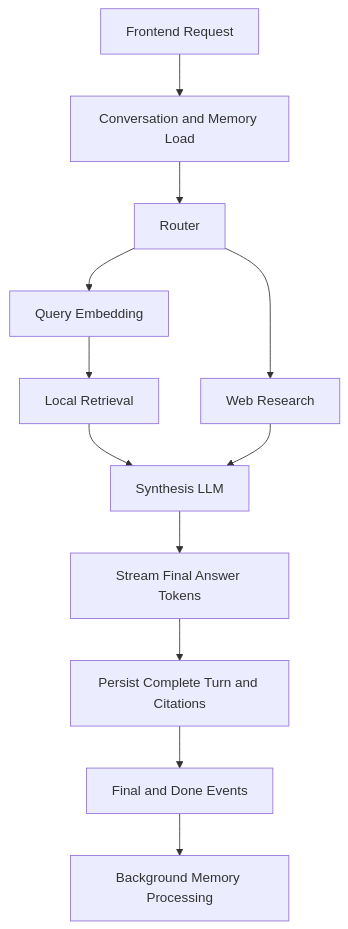
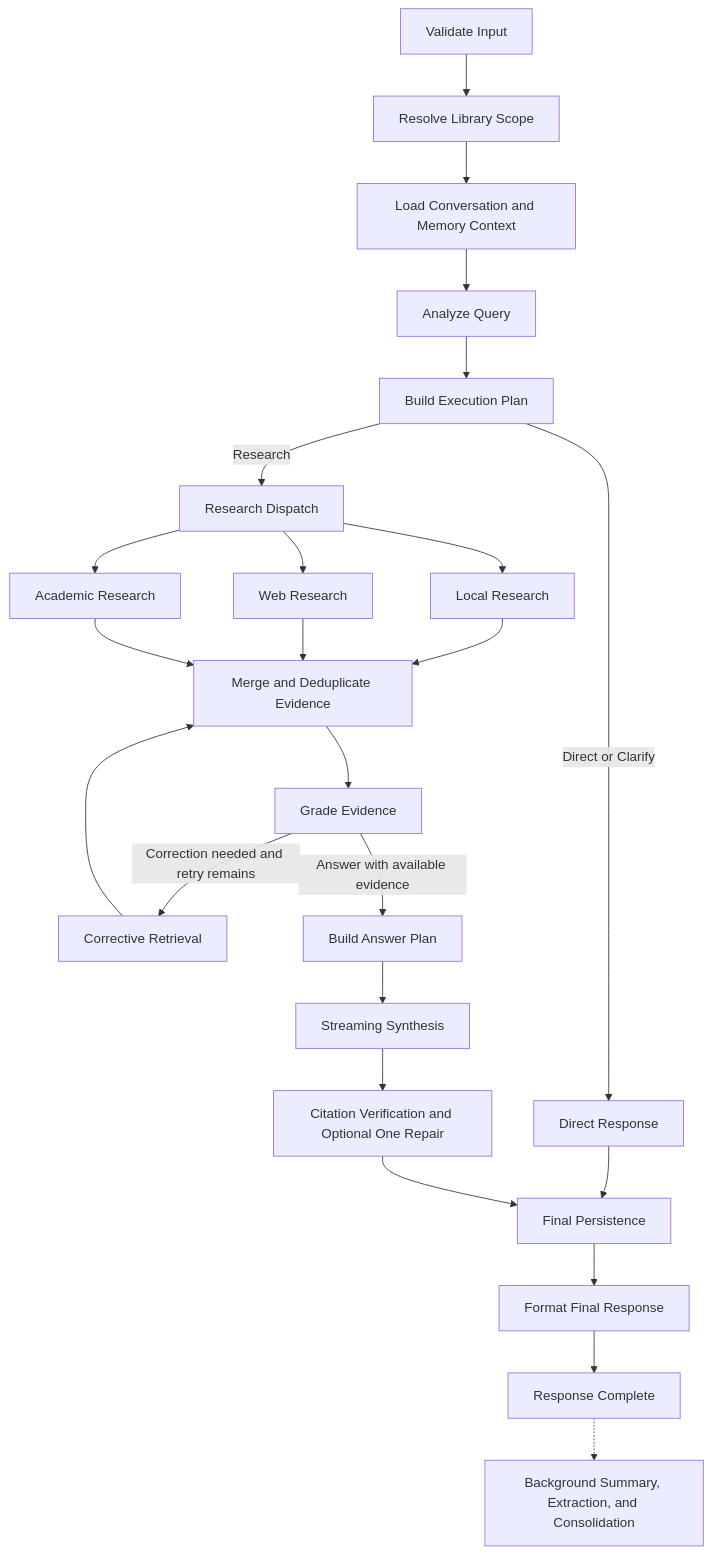
The second of 4 diagrams in README.md (VanGogh-7/Personal_Learning_Agent), drawn with Mermaid before and after one commit. The commit also changed other lines of this file and 1 other file, not shown here.

````diff
--- a/README.md
+++ b/README.md
@@ -88,14 +129,31 @@
 ```mermaid
 flowchart TD
-    A[Frontend Request] --> B[Conversation and Memory Load]
-    B --> C[Router]
-    C --> D[Query Embedding]
-    D --> E[Local Retrieval]
-    C --> F[Web Research]
-    E --> G[Synthesis LLM]
-    F --> G
-    G --> H[Stream Final Answer Tokens]
-    H --> I[Persist Complete Turn and Citations]
-    I --> J[Final and Done Events]
-    J --> K[Background Memory Processing]
+    AG_START[Validate Input] --> AG_SCOPE[Resolve Library Scope]
+    AG_SCOPE --> AG_CONTEXT[Load Conversation and Memory Context]
+    AG_CONTEXT --> AG_ANALYZE[Analyze Query]
+    AG_ANALYZE --> AG_PLAN[Build Execution Plan]
+
+    AG_PLAN -->|Direct or Clarify| AG_DIRECT[Direct Response]
+    AG_PLAN -->|Research| AG_DISPATCH[Research Dispatch]
+
+    AG_DISPATCH --> AG_LOCAL[Local Research]
+    AG_DISPATCH --> AG_WEB[Web Research]
+    AG_DISPATCH --> AG_ACADEMIC[Academic Research]
+
+    AG_LOCAL --> AG_MERGE[Merge and Deduplicate Evidence]
+    AG_WEB --> AG_MERGE
+    AG_ACADEMIC --> AG_MERGE
+    AG_MERGE --> AG_GRADE[Grade Evidence]
+
+    AG_GRADE -->|Correction needed and retry remains| AG_CORRECT[Corrective Retrieval]
+    AG_CORRECT --> AG_MERGE
+    AG_GRADE -->|Answer with available evidence| AG_ANSWER_PLAN[Build Answer Plan]
+    AG_ANSWER_PLAN --> AG_SYNTHESIS[Streaming Synthesis]
+    AG_SYNTHESIS --> AG_VERIFY[Citation Verification and Optional One Repair]
+
+    AG_DIRECT --> AG_PERSIST[Final Persistence]
+    AG_VERIFY --> AG_PERSIST
+    AG_PERSIST --> AG_FORMAT[Format Final Response]
+    AG_FORMAT --> AG_END[Response Complete]
+    AG_END -.-> AG_MEMORY[Background Summary, Extraction, and Consolidation]
 ```
````
